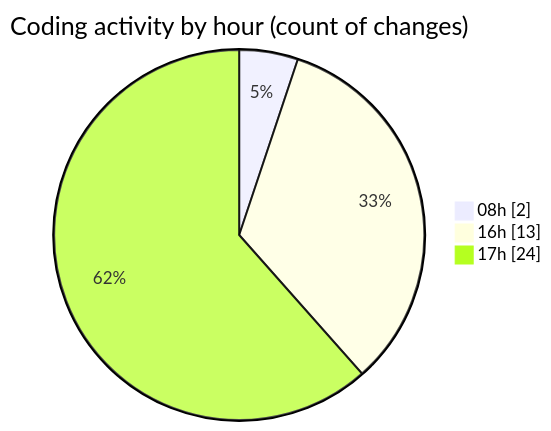
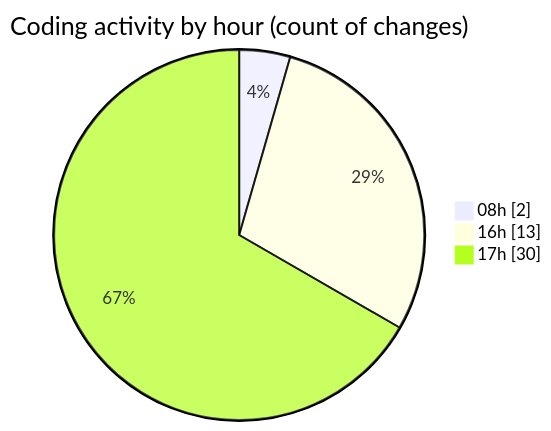
One commit to robertbonfada/code-tracking changed the second of 2 diagrams in 2025-03-14/lumine-web/README.md. Above: the diagram before and after it, drawn with Mermaid. The commit also changed other lines of this file and 1 other file, not shown here.

````diff
--- a/2025-03-14/lumine-web/README.md
+++ b/2025-03-14/lumine-web/README.md
@@ -41,7 +43,7 @@
 ```mermaid
 pie showData
 title Coding activity by hour (count of changes)
 "08h" : 2
 "16h" : 13
-"17h" : 24
+"17h" : 30
 ```
````
